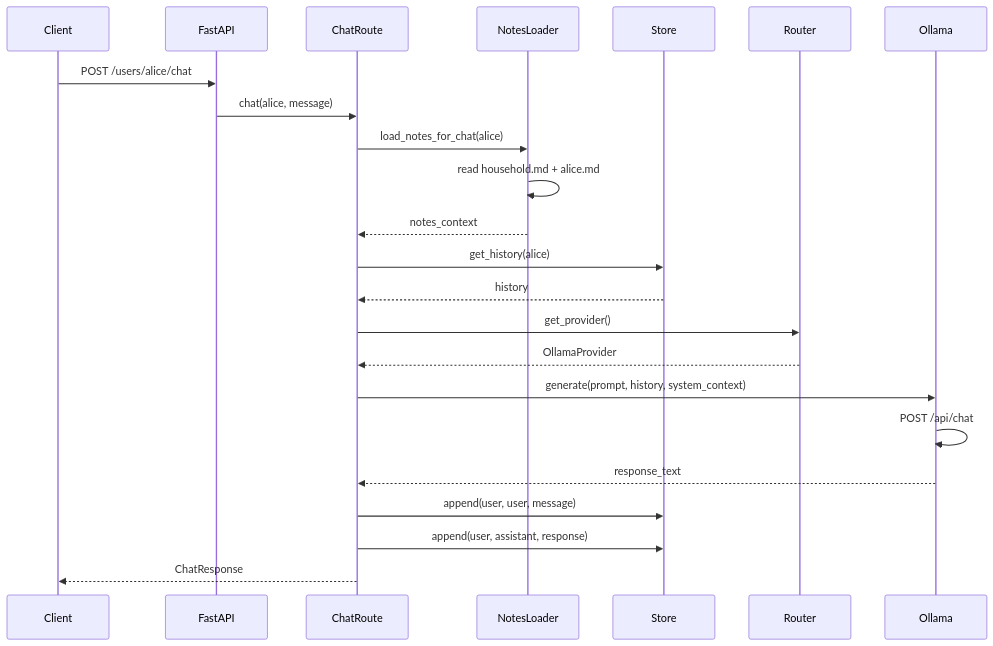
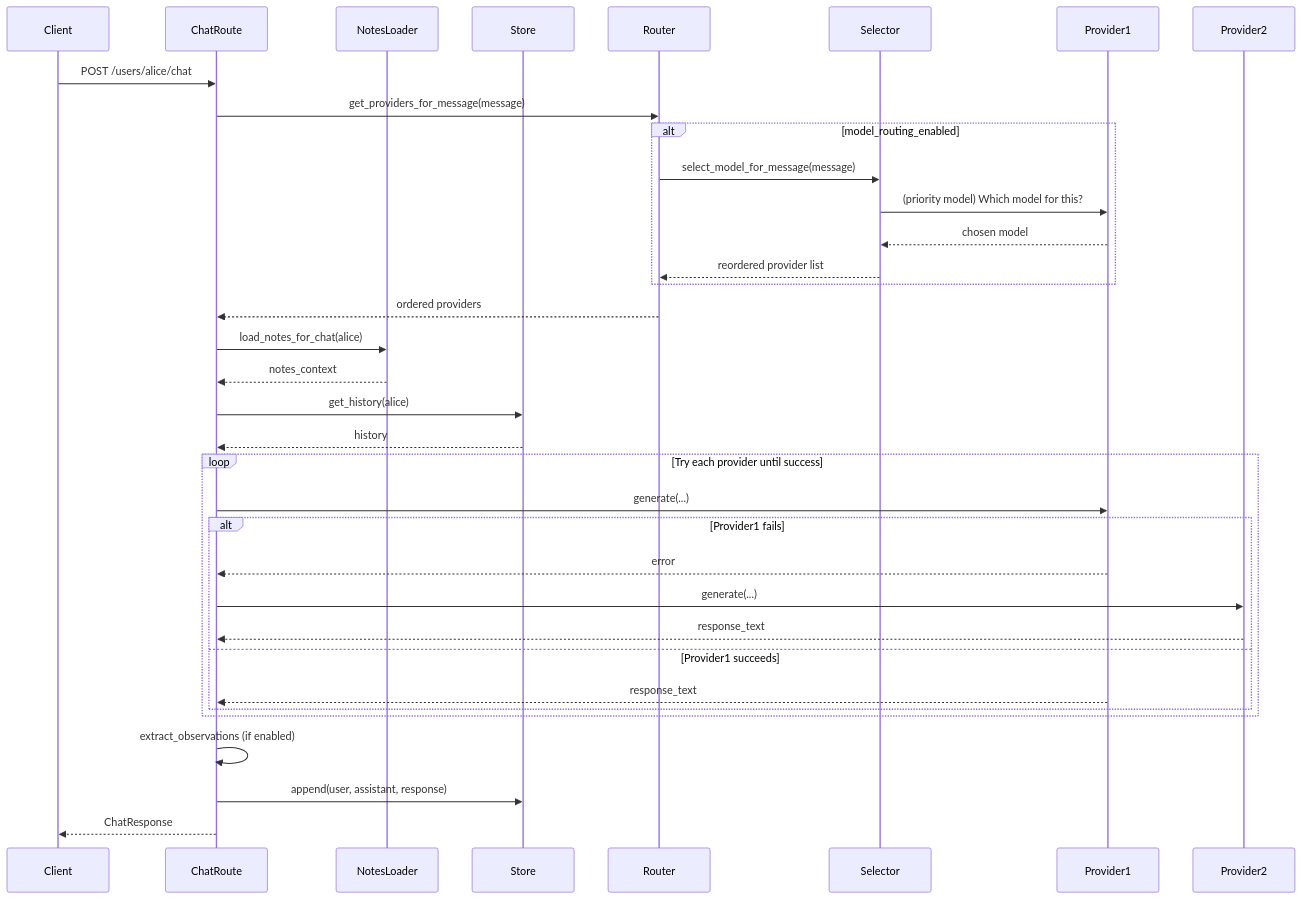
Before and after one commit to StevenGann/Gregory: the second of 6 diagrams in docs/ARCHITECTURE.md, drawn with Mermaid. The commit also changed other lines of this file and 28 other files, not shown here.

````diff
--- a/docs/ARCHITECTURE.md
+++ b/docs/ARCHITECTURE.md
@@ -45,26 +55,38 @@
 ```mermaid
 sequenceDiagram
     participant Client
-    participant FastAPI
     participant ChatRoute
     participant NotesLoader
     participant Store
     participant Router
-    participant Ollama
+    participant Selector
+    participant Provider1
+    participant Provider2
 
-    Client->>FastAPI: POST /users/alice/chat
-    FastAPI->>ChatRoute: chat(alice, message)
+    Client->>ChatRoute: POST /users/alice/chat
+    ChatRoute->>Router: get_providers_for_message(message)
+    alt model_routing_enabled
+        Router->>Selector: select_model_for_message(message)
+        Selector->>Provider1: (priority model) Which model for this?
+        Provider1-->>Selector: chosen model
+        Selector-->>Router: reordered provider list
+    end
+    Router-->>ChatRoute: ordered providers
     ChatRoute->>NotesLoader: load_notes_for_chat(alice)
-    NotesLoader->>NotesLoader: read household.md + alice.md
     NotesLoader-->>ChatRoute: notes_context
     ChatRoute->>Store: get_history(alice)
     Store-->>ChatRoute: history
-    ChatRoute->>Router: get_provider()
-    Router-->>ChatRoute: OllamaProvider
-    ChatRoute->>Ollama: generate(prompt, history, system_context)
-    Ollama->>Ollama: POST /api/chat
-    Ollama-->>ChatRoute: response_text
-    ChatRoute->>Store: append(user, user, message)
+    loop Try each provider until success
+        ChatRoute->>Provider1: generate(...)
+        alt Provider1 fails
+            Provider1-->>ChatRoute: error
+            ChatRoute->>Provider2: generate(...)
+            Provider2-->>ChatRoute: response_text
+        else Provider1 succeeds
+            Provider1-->>ChatRoute: response_text
+        end
+    end
+    ChatRoute->>ChatRoute: extract_observations (if enabled)
     ChatRoute->>Store: append(user, assistant, response)
     ChatRoute-->>Client: ChatResponse
 ```
````
